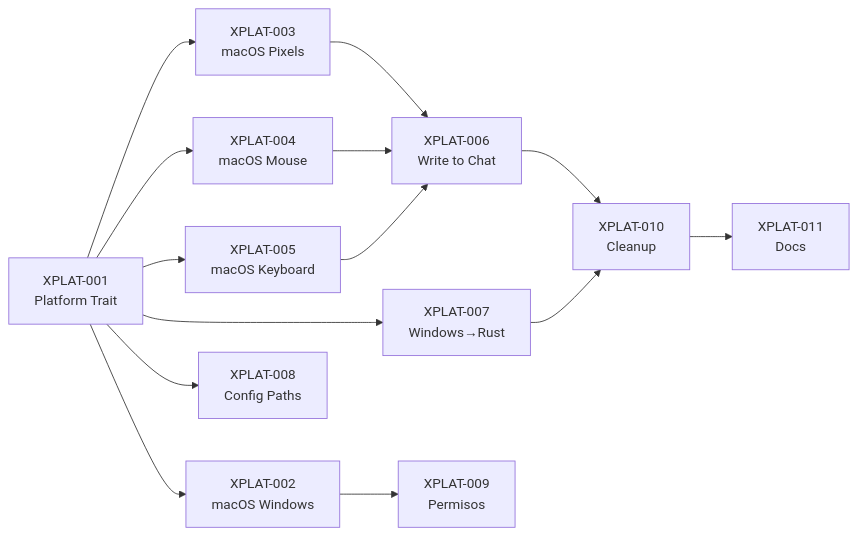
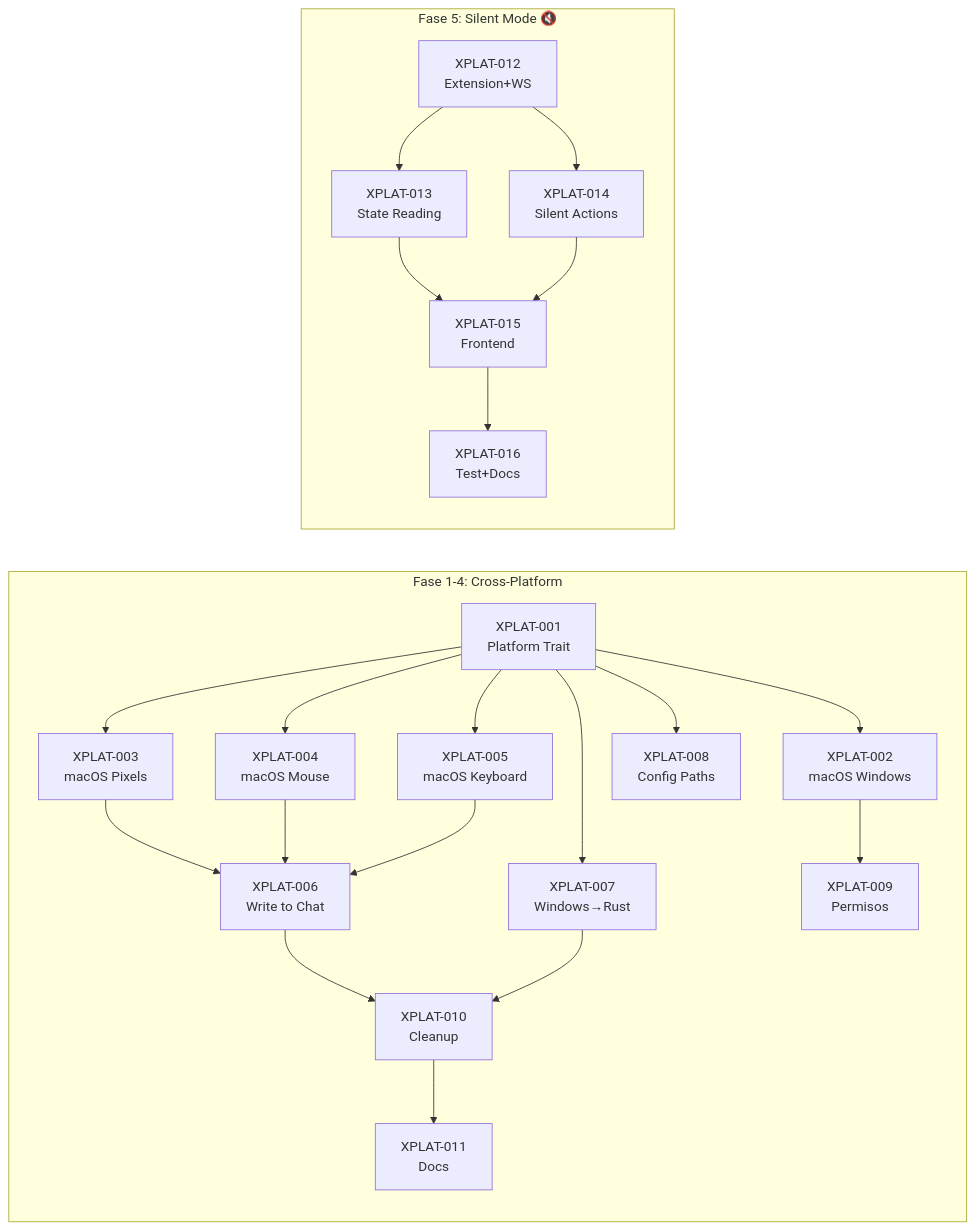
Before and after one commit to TimeKast/antigravity-monitor: the diagram in docs/multiplataforma/01_MIGRATION_PLAN.md, drawn with Mermaid. The commit also changed other lines of this file and 48 other files, not shown here.

Commit message:
feat: bundle extension with installer, add auto-install UI, retry support, macOS window focus

````diff
--- a/docs/multiplataforma/01_MIGRATION_PLAN.md
+++ b/docs/multiplataforma/01_MIGRATION_PLAN.md
@@ -97,16 +118,26 @@
 ```mermaid
 graph LR
-    XPLAT001["XPLAT-001<br/>Platform Trait"] --> XPLAT002["XPLAT-002<br/>macOS Windows"]
-    XPLAT001 --> XPLAT003["XPLAT-003<br/>macOS Pixels"]
-    XPLAT001 --> XPLAT004["XPLAT-004<br/>macOS Mouse"]
-    XPLAT001 --> XPLAT005["XPLAT-005<br/>macOS Keyboard"]
-    XPLAT003 --> XPLAT006["XPLAT-006<br/>Write to Chat"]
-    XPLAT004 --> XPLAT006
-    XPLAT005 --> XPLAT006
-    XPLAT001 --> XPLAT007["XPLAT-007<br/>Windows→Rust"]
-    XPLAT006 --> XPLAT010["XPLAT-010<br/>Cleanup"]
-    XPLAT007 --> XPLAT010
-    XPLAT002 --> XPLAT009["XPLAT-009<br/>Permisos"]
-    XPLAT001 --> XPLAT008["XPLAT-008<br/>Config Paths"]
-    XPLAT010 --> XPLAT011["XPLAT-011<br/>Docs"]
+    subgraph "Fase 1-4: Cross-Platform"
+        XPLAT001["XPLAT-001<br/>Platform Trait"] --> XPLAT002["XPLAT-002<br/>macOS Windows"]
+        XPLAT001 --> XPLAT003["XPLAT-003<br/>macOS Pixels"]
+        XPLAT001 --> XPLAT004["XPLAT-004<br/>macOS Mouse"]
+        XPLAT001 --> XPLAT005["XPLAT-005<br/>macOS Keyboard"]
+        XPLAT003 --> XPLAT006["XPLAT-006<br/>Write to Chat"]
+        XPLAT004 --> XPLAT006
+        XPLAT005 --> XPLAT006
+        XPLAT001 --> XPLAT007["XPLAT-007<br/>Windows→Rust"]
+        XPLAT006 --> XPLAT010["XPLAT-010<br/>Cleanup"]
+        XPLAT007 --> XPLAT010
+        XPLAT002 --> XPLAT009["XPLAT-009<br/>Permisos"]
+        XPLAT001 --> XPLAT008["XPLAT-008<br/>Config Paths"]
+        XPLAT010 --> XPLAT011["XPLAT-011<br/>Docs"]
+    end
+
+    subgraph "Fase 5: Silent Mode 🔇"
+        XPLAT012["XPLAT-012<br/>Extension+WS"] --> XPLAT013["XPLAT-013<br/>State Reading"]
+        XPLAT012 --> XPLAT014["XPLAT-014<br/>Silent Actions"]
+        XPLAT013 --> XPLAT015["XPLAT-015<br/>Frontend"]
+        XPLAT014 --> XPLAT015
+        XPLAT015 --> XPLAT016["XPLAT-016<br/>Test+Docs"]
+    end
 ```
````
